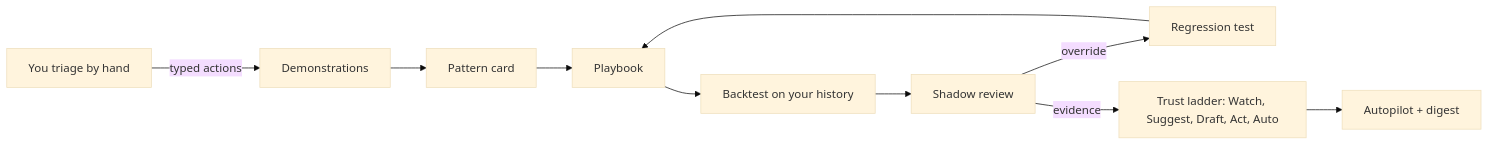
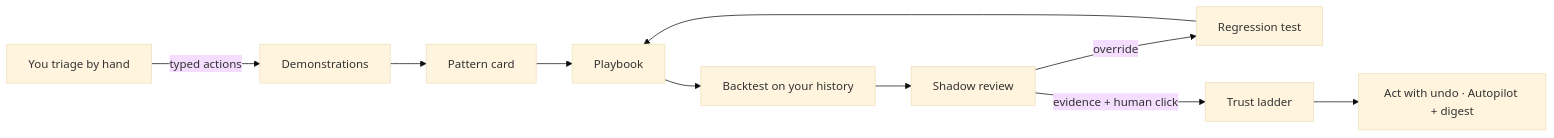
The first of 3 diagrams in README.md (LSUDOKO/Apprentice), drawn with Mermaid (base theme) before and after one commit. The commit also changed other lines of this file and 4 other files, not shown here.

First line of the commit message:
docs: reviewer- and agent-friendly README, architecture diagrams, Agent-Native evidence with file:line, llms.txt

````diff
--- a/README.md
+++ b/README.md
@@ -46,12 +66,12 @@
 ```mermaid
 flowchart LR
   A[You triage by hand] -->|typed actions| B[Demonstrations]
   B --> C[Pattern card]
   C --> D[Playbook]
   D --> E[Backtest on your history]
   E --> F[Shadow review]
   F -->|override| G[Regression test]
   G --> D
-  F -->|evidence| H[Trust ladder: Watch, Suggest, Draft, Act, Auto]
-  H --> I[Autopilot + digest]
+  F -->|evidence + human click| H[Trust ladder]
+  H --> I[Act with undo · Autopilot + digest]
 ```
````
